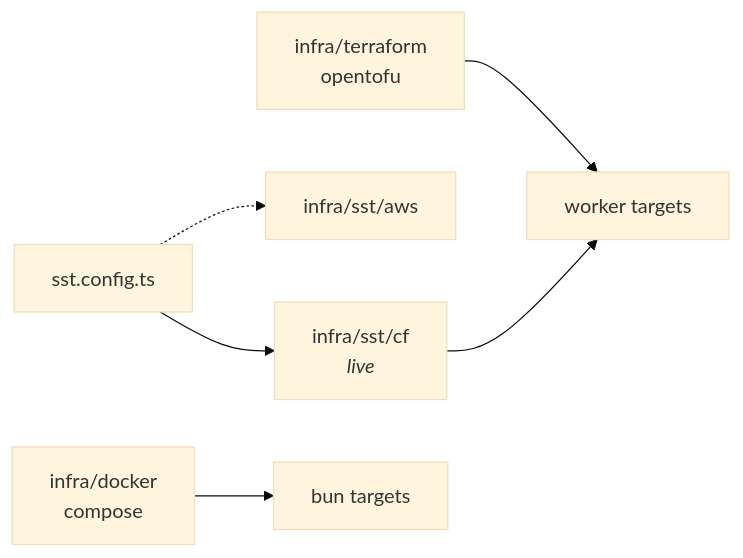
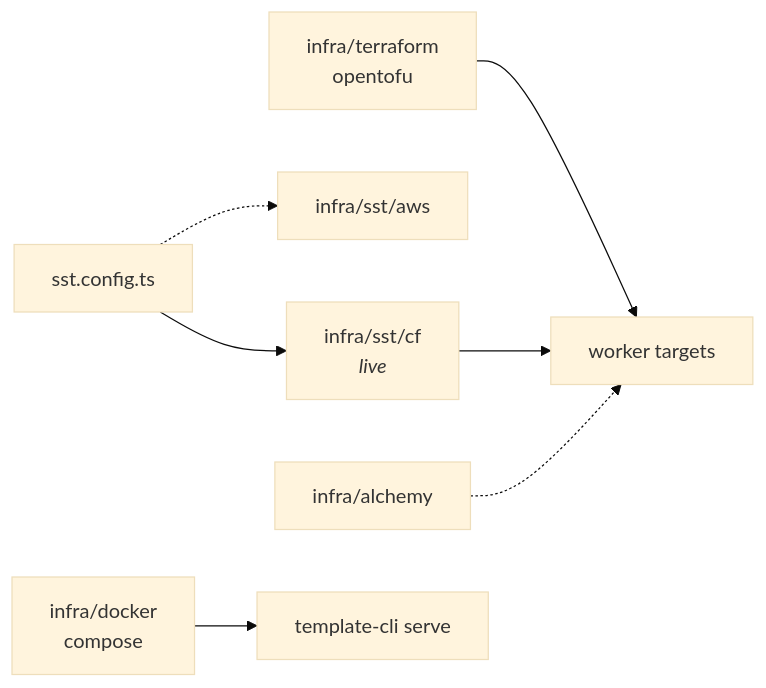
The second of 2 diagrams in docs/runtime.md (andre-brandao/template), drawn with Mermaid (base theme) before and after one commit. The commit also changed other lines of this file and 22 other files, not shown here.

````diff
--- a/docs/runtime.md
+++ b/docs/runtime.md
@@ -45,8 +48,9 @@
 ```mermaid
 graph LR
   sst["sst.config.ts"] --> cf["infra/sst/cf<br/><i>live</i>"]
   sst -.-> aws["infra/sst/aws"]
   tofu["infra/terraform<br/>opentofu"] --> worker["worker targets"]
   cf --> worker
-  docker["infra/docker<br/>compose"] --> bun["bun targets"]
+  alchemy["infra/alchemy"] -.-> worker
+  docker["infra/docker<br/>compose"] --> cli["template-cli serve"]
 ```
````
